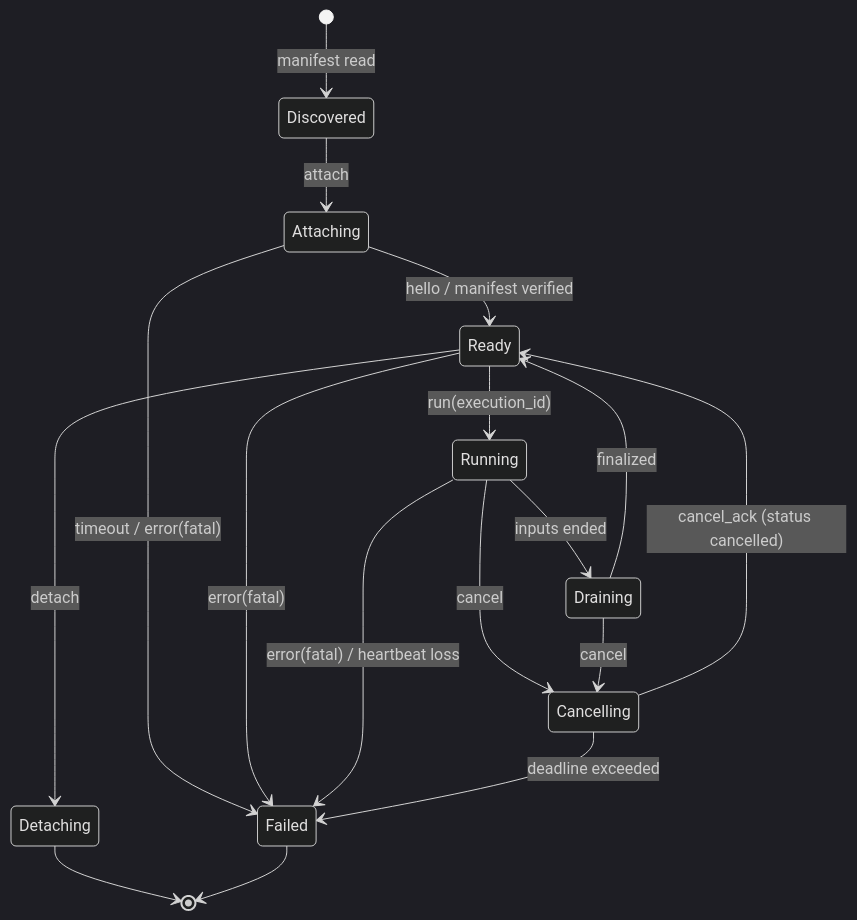
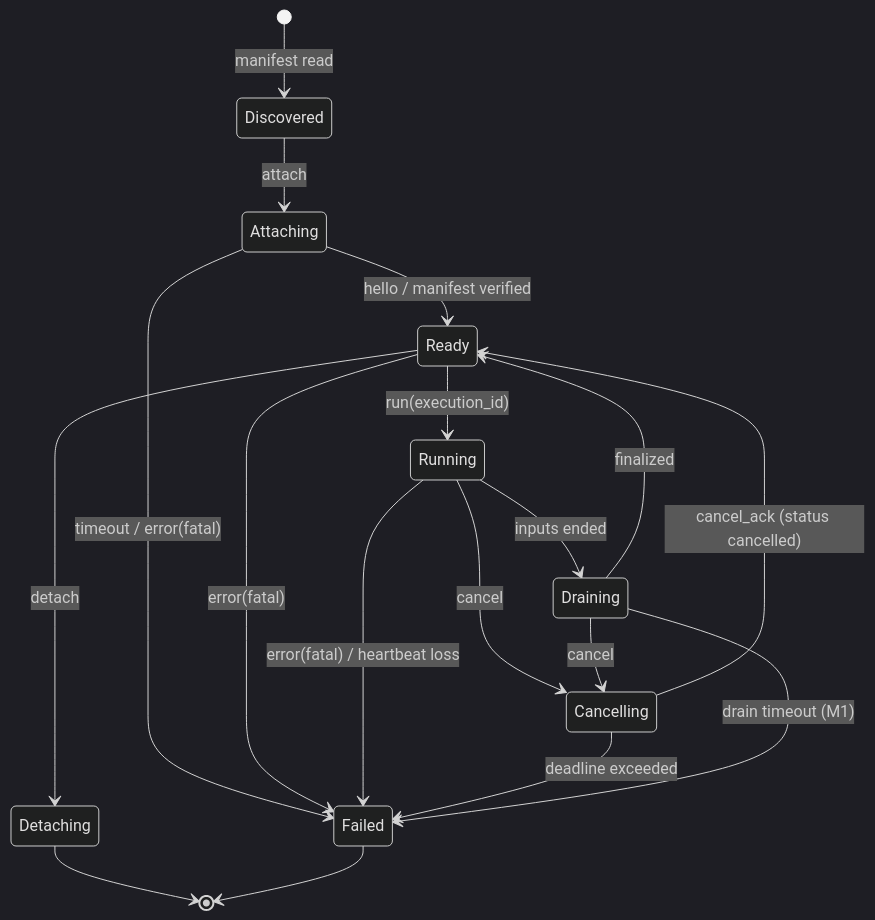
Before and after one commit to giasonpooni/Computational-Instrumentation-Workbench: the second of 3 diagrams in docs/ARCHITECTURE.md, drawn with Mermaid (dark theme). The commit also changed other lines of this file, not shown here.

First line of the commit message:
Remove unbacked v1 claims and close extension gaps in the architecture

````diff
--- a/docs/ARCHITECTURE.md
+++ b/docs/ARCHITECTURE.md
@@ -481,19 +486,20 @@
 ```mermaid
 stateDiagram-v2
   [*] --> Discovered: manifest read
   Discovered --> Attaching: attach
   Attaching --> Ready: hello / manifest verified
   Ready --> Running: run(execution_id)
   Running --> Draining: inputs ended
   Draining --> Ready: finalized
   Running --> Cancelling: cancel
   Draining --> Cancelling: cancel
   Cancelling --> Ready: cancel_ack (status cancelled)
   Ready --> Detaching: detach
   Detaching --> [*]
   Attaching --> Failed: timeout / error(fatal)
   Ready --> Failed: error(fatal)
   Running --> Failed: error(fatal) / heartbeat loss
   Cancelling --> Failed: deadline exceeded
+  Draining --> Failed: drain timeout (M1)
   Failed --> [*]
 ```
````
